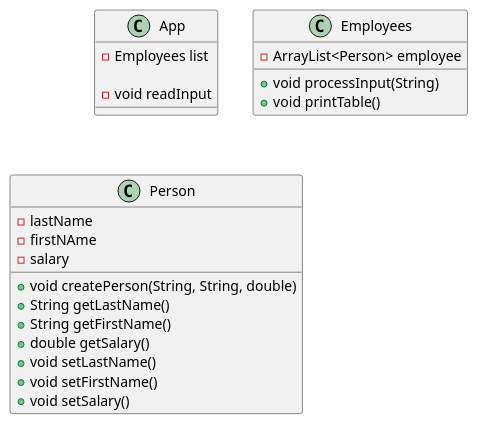
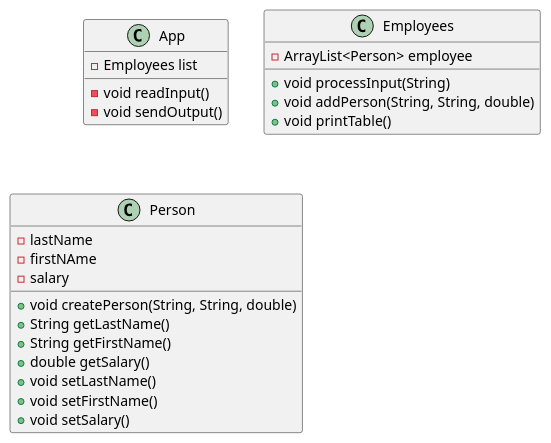
One commit to arkaik2k01/nobrega-cop3330-assignment3 changed the diagram in src/main/java/Assignments/ex42/classHierarchy.puml. Above: the diagram before and after it, drawn with PlantUML.

Commit message:
Finished draft of class hierarchies, working on pseudo code now

```diff
--- a/src/main/java/Assignments/ex42/classHierarchy.puml
+++ b/src/main/java/Assignments/ex42/classHierarchy.puml
@@ -1,31 +1,33 @@
 @startuml
 'https://plantuml.com/class-diagram
 
 class App {
     -Employees list
 
-    - void readInput
+    - void readInput()
+    - void sendOutput()
 }
 
 class Employees {
     -ArrayList<Person> employee
 
     + void processInput(String)
+    + void addPerson(String, String, double)
     + void printTable()
 }
 
 class Person {
     - lastName
     - firstNAme
     - salary
 
-    +void createPerson(String, String, double)
-    +String getLastName()
-    +String getFirstName()
-    +double getSalary()
-    +void setLastName()
-    +void setFirstName()
-    +void setSalary()
+    + void createPerson(String, String, double)
+    + String getLastName()
+    + String getFirstName()
+    + double getSalary()
+    + void setLastName()
+    + void setFirstName()
+    + void setSalary()
 }
 
 @enduml
```
